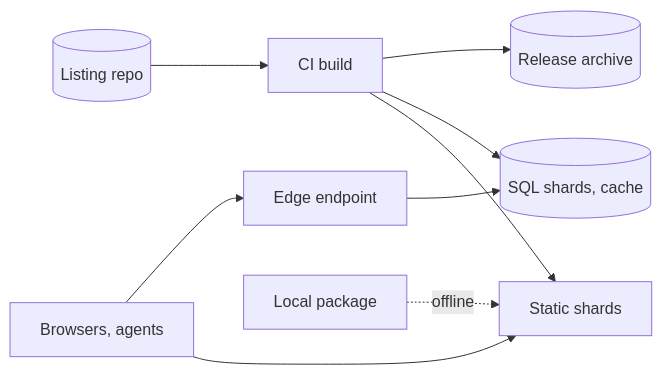
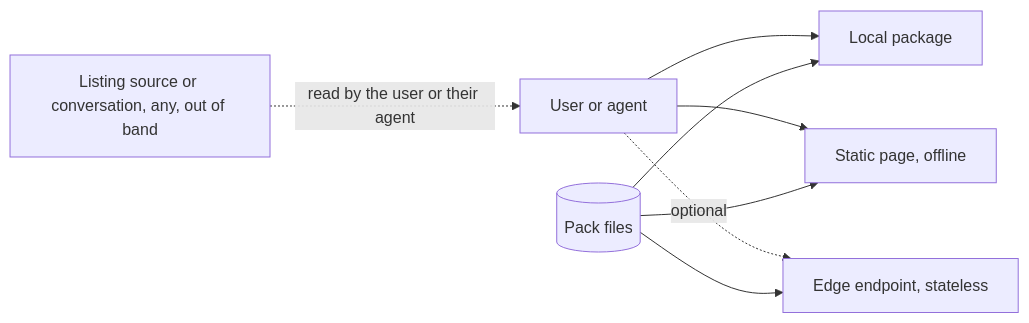
Before and after one commit to huijoohwee/joohwee: the fourth of 4 diagrams in undocumented-draft/prd-tad-adr-mvp-gtm-sme-business-pack-mcp.md, drawn with Mermaid. The commit also changed other lines of this file, not shown here.

First line of the commit message:
sme-business-pack-plan: 2 commits (#12)

````diff
--- a/undocumented-draft/prd-tad-adr-mvp-gtm-sme-business-pack-mcp.md
+++ b/undocumented-draft/prd-tad-adr-mvp-gtm-sme-business-pack-mcp.md
@@ -218,3 +184,3 @@
 ```mermaid
-flowchart LR; AC[Browsers, agents] --> ST[Static shards]; AC --> EP[Edge endpoint]; EP --> SQ[(SQL shards, cache)]; GR[(Listing repo)] --> CI[CI build]; CI --> ST; CI --> SQ; CI --> AR[(Release archive)]; LC[Local package] -.offline.-> ST
+flowchart LR; S[Listing source or conversation, any, out of band] -.read by the user or their agent.-> U[User or agent]; U --> LP[Local package]; U --> PG[Static page, offline]; U -.optional.-> EP[Edge endpoint, stateless]; PK[(Pack files)] --> LP; PK --> PG; PK --> EP
 ```
````
